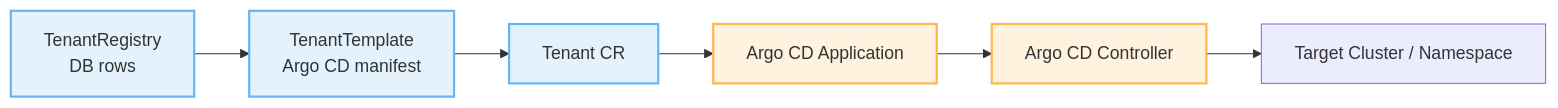
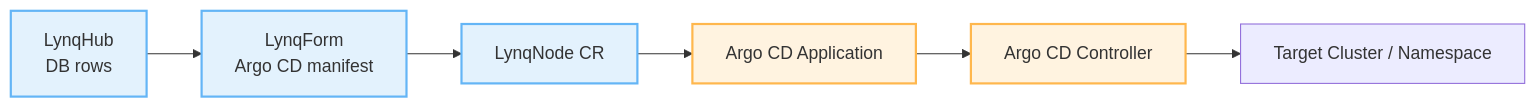
Before and after one commit to kubernetes-tenants/tenant-operator: the first of 3 diagrams in docs/integration-argocd.md, drawn with Mermaid. The commit also changed other lines of this file and 203 other files, not shown here.

First line of the commit message:
refactor: Complete rename from tenant-operator to lynq

````diff
--- a/docs/integration-argocd.md
+++ b/docs/integration-argocd.md
@@ -11,16 +11,16 @@
 ```mermaid
 flowchart LR
-    Registry["TenantRegistry<br/>DB rows"]
-    Template["TenantTemplate<br/>Argo CD manifest"]
-    Tenant["Tenant CR"]
+    Registry["LynqHub<br/>DB rows"]
+    Template["LynqForm<br/>Argo CD manifest"]
+    Tenant["LynqNode CR"]
     ArgoApp["Argo CD Application"]
     ArgoCD["Argo CD Controller"]
     Targets["Target Cluster / Namespace"]
 
     Registry --> Template --> Tenant --> ArgoApp --> ArgoCD --> Targets
 
     classDef control fill:#e3f2fd,stroke:#64b5f6,stroke-width:2px;
     classDef argocd fill:#fff3e0,stroke:#ffb74d,stroke-width:2px;
     class Registry,Template,Tenant control;
     class ArgoApp,ArgoCD argocd;
 ```
````
